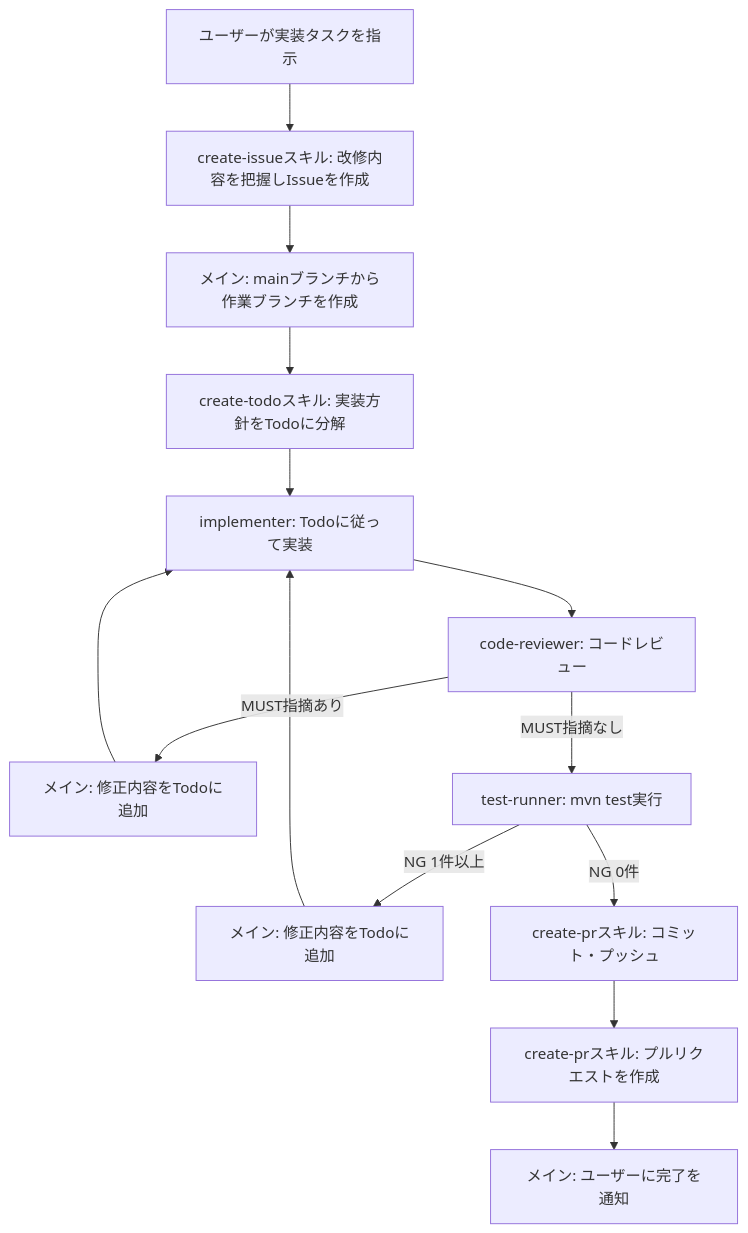
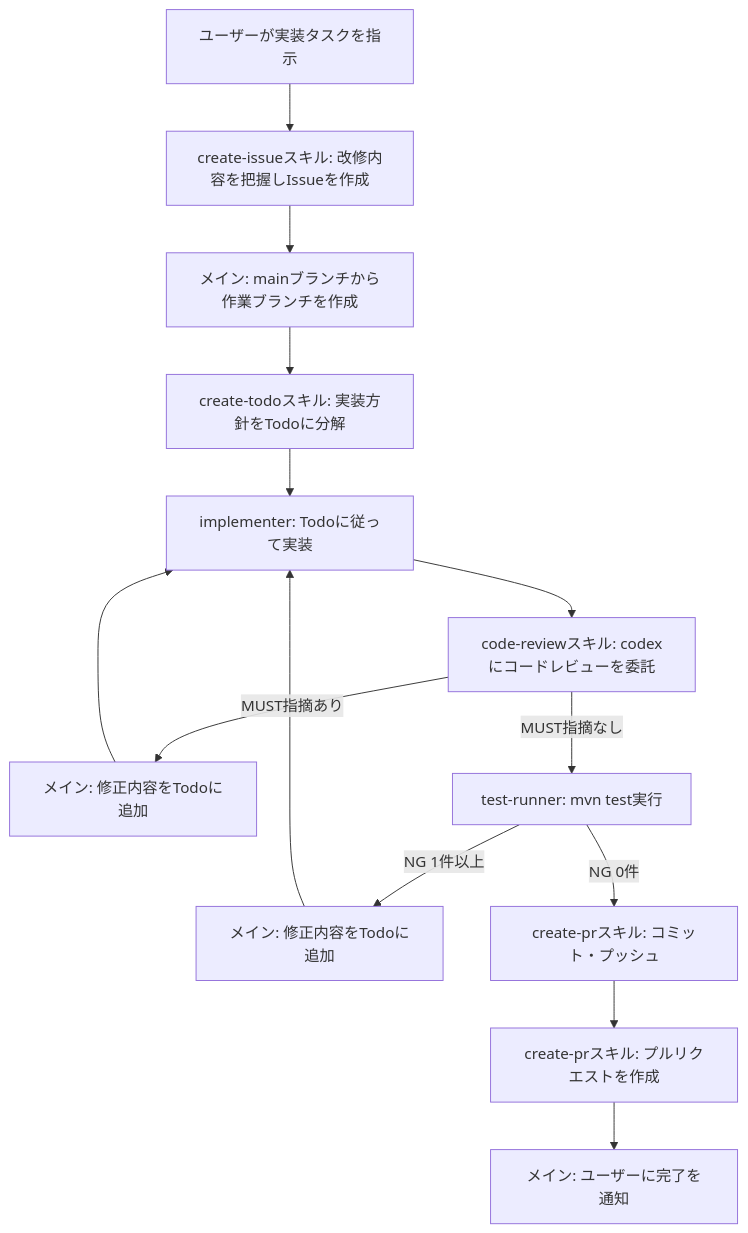
Before and after one commit to ryo-nogawa/http-tcp-server-poc: the diagram in .claude/rules/development-flow.md, drawn with Mermaid. The commit also changed other lines of this file and 5 other files, not shown here.

````diff
--- a/.claude/rules/development-flow.md
+++ b/.claude/rules/development-flow.md
@@ -13,16 +13,16 @@
 ```mermaid
 flowchart TD
     A["ユーザーが実装タスクを指示"] --> B["create-issueスキル: 改修内容を把握しIssueを作成"]
     B --> C["メイン: mainブランチから作業ブランチを作成"]
     C --> D["create-todoスキル: 実装方針をTodoに分解"]
     D --> E["implementer: Todoに従って実装"]
-    E --> F["code-reviewer: コードレビュー"]
+    E --> F["code-reviewスキル: codexにコードレビューを委託"]
     F -->|"MUST指摘あり"| G["メイン: 修正内容をTodoに追加"]
     G --> E
     F -->|"MUST指摘なし"| H["test-runner: mvn test実行"]
     H -->|"NG 1件以上"| I["メイン: 修正内容をTodoに追加"]
     I --> E
     H -->|"NG 0件"| J["create-prスキル: コミット・プッシュ"]
     J --> K["create-prスキル: プルリクエストを作成"]
     K --> L["メイン: ユーザーに完了を通知"]
 ```
````
